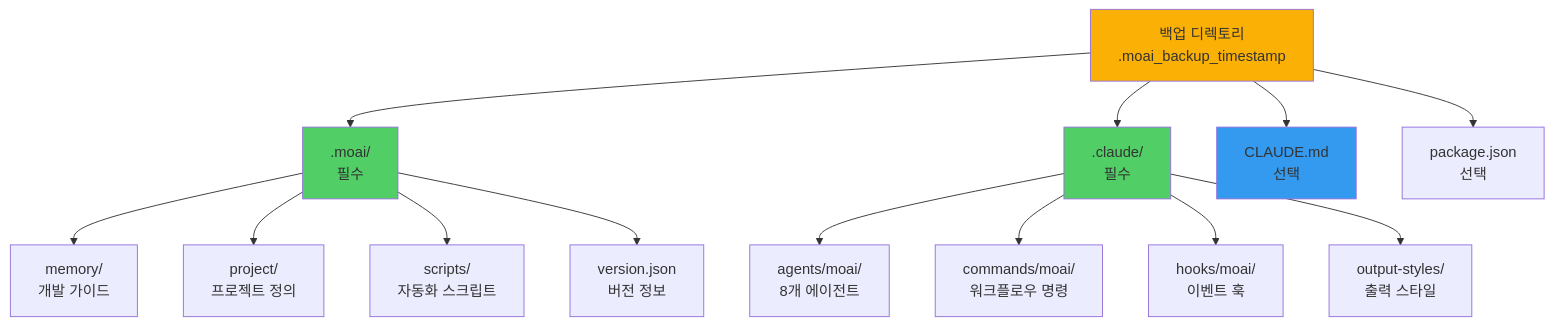
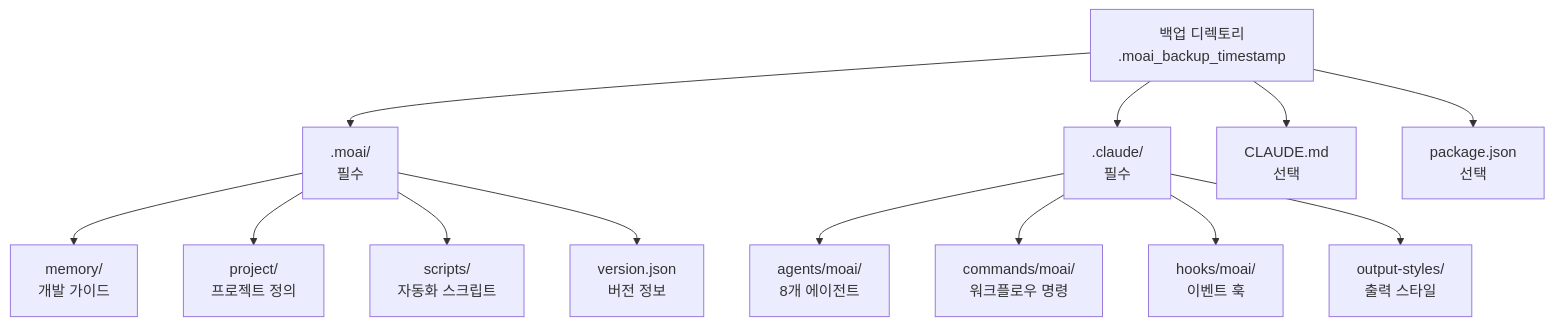
Before and after one commit to modu-ai/moai-adk: the second of 3 diagrams in docs/cli/restore.md, drawn with Mermaid. The commit also changed other lines of this file and 299 other files, not shown here.

First line of the commit message:
🎨 feat: Mermaid 다크/라이트 테마 대응 + trust-checker 통합

````diff
--- a/docs/cli/restore.md
+++ b/docs/cli/restore.md
@@ -67,24 +61,20 @@
 ```mermaid
 graph TB
     ROOT[백업 디렉토리<br/>.moai_backup_timestamp]
 
     ROOT --> MOAI[.moai/<br/>필수]
     ROOT --> CLAUDE[.claude/<br/>필수]
     ROOT --> CLAUDEMD[CLAUDE.md<br/>선택]
     ROOT --> PKG[package.json<br/>선택]
 
     MOAI --> MEM[memory/<br/>개발 가이드]
     MOAI --> PROJ[project/<br/>프로젝트 정의]
     MOAI --> SCR[scripts/<br/>자동화 스크립트]
     MOAI --> VER[version.json<br/>버전 정보]
 
     CLAUDE --> AGT[agents/moai/<br/>8개 에이전트]
     CLAUDE --> CMD[commands/moai/<br/>워크플로우 명령]
     CLAUDE --> HK[hooks/moai/<br/>이벤트 훅]
     CLAUDE --> STY[output-styles/<br/>출력 스타일]
 
-    style ROOT fill:#fab005
-    style MOAI fill:#51cf66
-    style CLAUDE fill:#51cf66
-    style CLAUDEMD fill:#339af0
 ```
````
